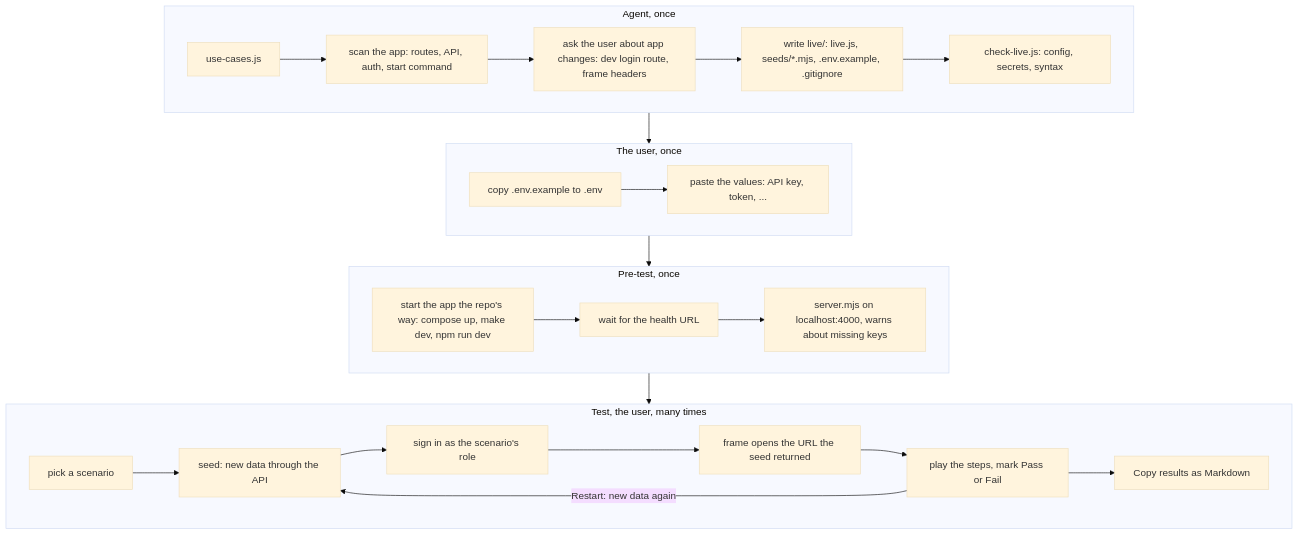
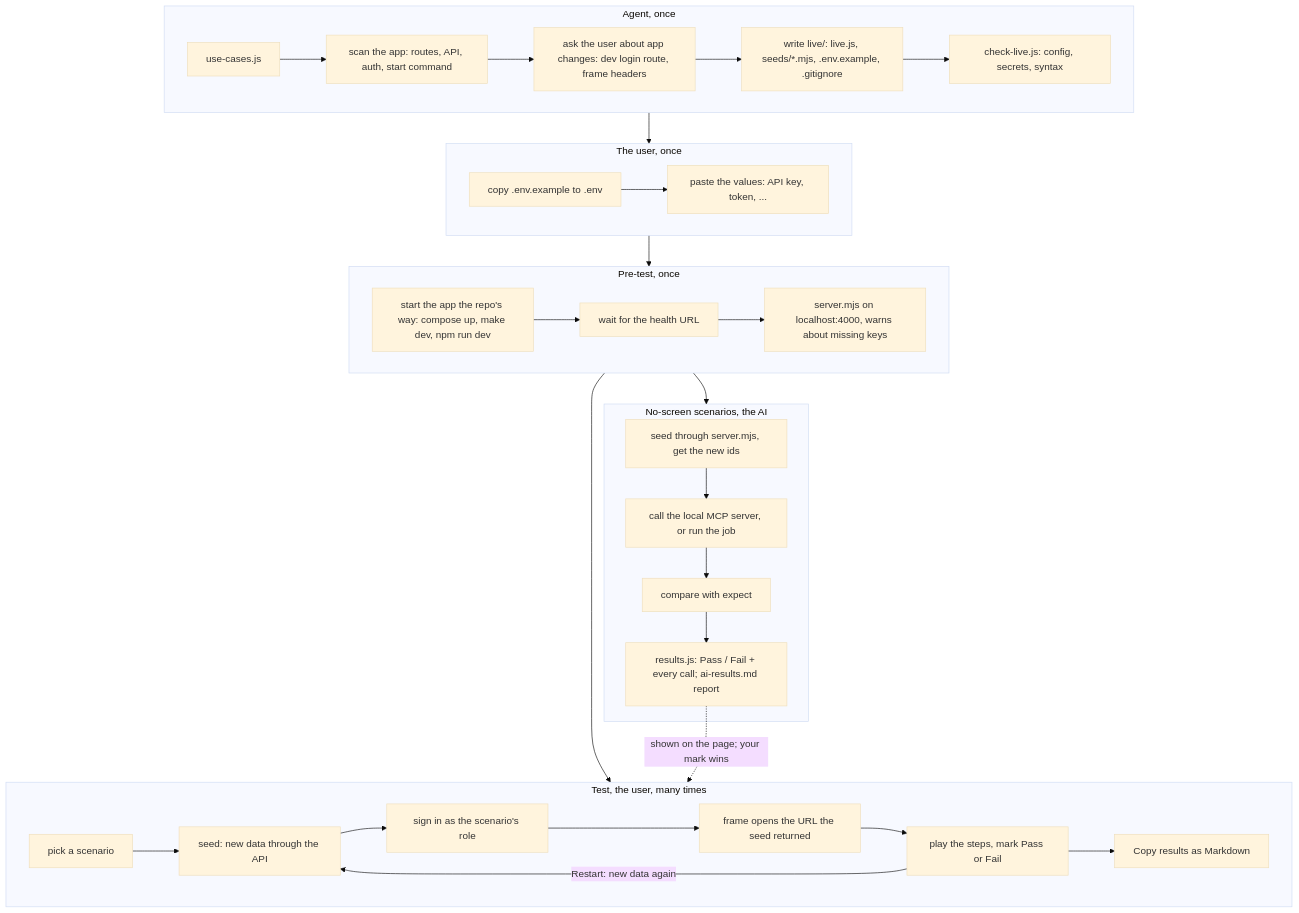
One commit to naphatwx/naphatwx-tools changed the first of 4 diagrams in plugins/naphatwx-tools/skills/play-scenarios/README.md. Above: the diagram before and after it, drawn with Mermaid (base theme). The commit also changed other lines of this file and 13 other files, not shown here.

First line of the commit message:
feat(play-scenarios): let the AI play scenarios with no screen

````diff
--- a/plugins/naphatwx-tools/skills/play-scenarios/README.md
+++ b/plugins/naphatwx-tools/skills/play-scenarios/README.md
@@ -23,25 +23,32 @@
 ```mermaid
 graph TD
     subgraph AGENT["Agent, once"]
         A1[use-cases.js] --> A2[scan the app: routes, API, auth, start command]
         A2 --> A2b[ask the user about app changes: dev login route, frame headers]
         A2b --> A3[write live/: live.js, seeds/*.mjs, .env.example, .gitignore]
         A3 --> A4[check-live.js: config, secrets, syntax]
     end
     subgraph ENV["The user, once"]
         E1[copy .env.example to .env] --> E2[paste the values: API key, token, ...]
     end
     subgraph PRE["Pre-test, once"]
         P1[start the app the repo's way: compose up, make dev, npm run dev] --> P2[wait for the health URL]
         P2 --> P3[server.mjs on localhost:4000, warns about missing keys]
     end
     subgraph TEST["Test, the user, many times"]
         T1[pick a scenario] --> T2[seed: new data through the API]
         T2 --> T3[sign in as the scenario's role]
         T3 --> T4[frame opens the URL the seed returned]
         T4 --> T5[play the steps, mark Pass or Fail]
         T5 -->|Restart: new data again| T2
         T5 --> T6[Copy results as Markdown]
     end
+    subgraph AI["No-screen scenarios, the AI"]
+        I1[seed through server.mjs, get the new ids] --> I2[call the local MCP server, or run the job]
+        I2 --> I3[compare with expect]
+        I3 --> I4[results.js: Pass / Fail + every call; ai-results.md report]
+    end
     AGENT --> ENV --> PRE --> TEST
+    PRE --> AI
+    I4 -.->|shown on the page; your mark wins| TEST
 ```
````
